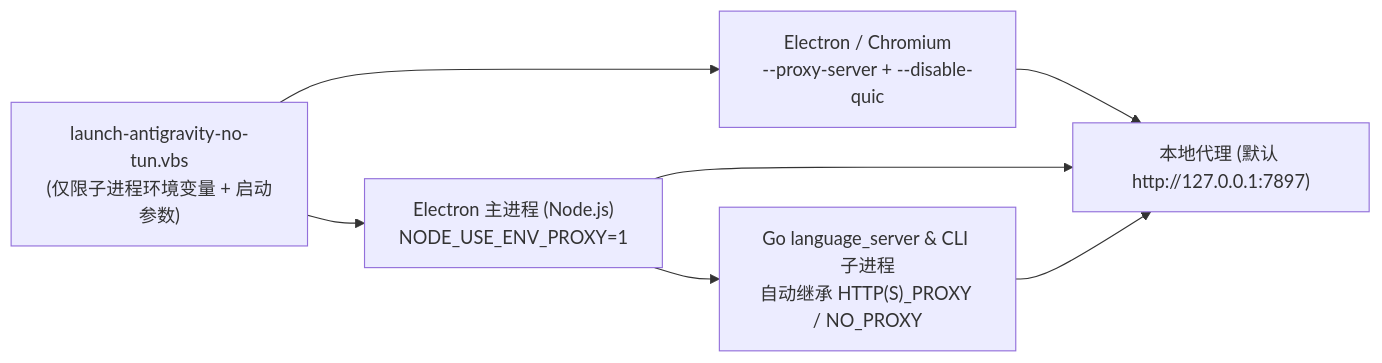
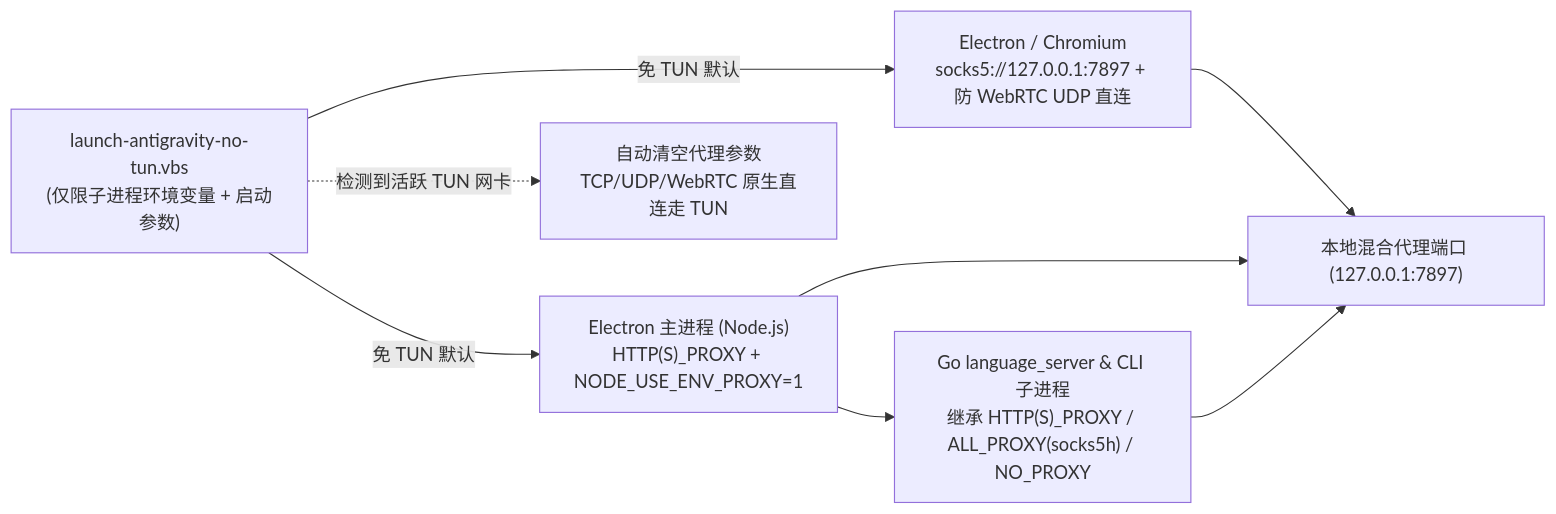
Before and after one commit to hqc135/antigravity-windows-no-tun-launcher: the diagram in README.md, drawn with Mermaid. The commit also changed other lines of this file and 1 other file, not shown here.

Commit message:
feat: upgrade launcher with SOCKS5/WebRTC flags, TUN detection, and voice OAuth troubleshooting

````diff
--- a/README.md
+++ b/README.md
@@ -13,9 +13,10 @@
 ```mermaid
 flowchart LR
-    VBS["launch-antigravity-no-tun.vbs<br/>(仅限子进程环境变量 + 启动参数)"] --> CH["Electron / Chromium<br/>--proxy-server + --disable-quic"]
-    VBS --> ND["Electron 主进程 (Node.js)<br/>NODE_USE_ENV_PROXY=1"]
-    ND --> LS["Go language_server & CLI 子进程<br/>自动继承 HTTP(S)_PROXY / NO_PROXY"]
-    CH --> P["本地代理 (默认 http://127.0.0.1:7897)"]
+    VBS["launch-antigravity-no-tun.vbs<br/>(仅限子进程环境变量 + 启动参数)"] -->|"免 TUN 默认"| CH["Electron / Chromium<br/>socks5://127.0.0.1:7897 + 防 WebRTC UDP 直连"]
+    VBS -->|"免 TUN 默认"| ND["Electron 主进程 (Node.js)<br/>HTTP(S)_PROXY + NODE_USE_ENV_PROXY=1"]
+    ND --> LS["Go language_server & CLI 子进程<br/>继承 HTTP(S)_PROXY / ALL_PROXY(socks5h) / NO_PROXY"]
+    CH --> P["本地混合代理端口 (127.0.0.1:7897)"]
     ND --> P
     LS --> P
+    VBS -.->|"检测到活跃 TUN 网卡"| TUN["自动清空代理参数<br/>TCP/UDP/WebRTC 原生直连走 TUN"]
 ```
````
